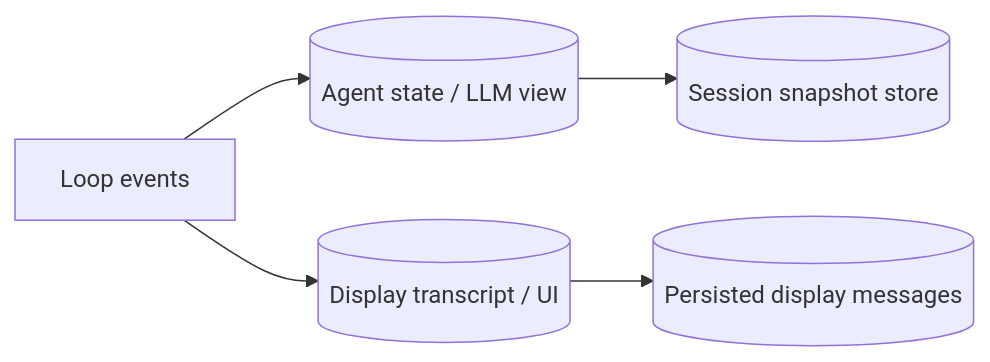
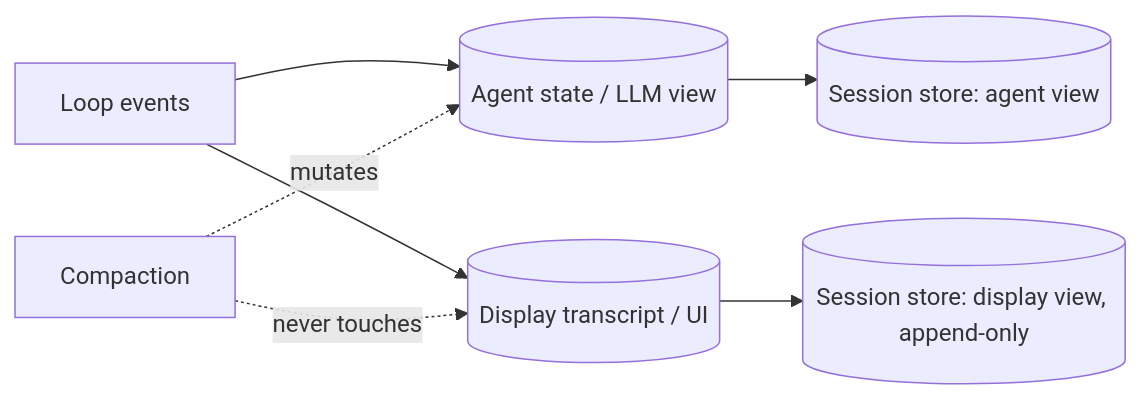
The diagram in docs/source/explanation/memory.rst (jansenm/agentic-coding-assistant), drawn with Mermaid before and after one commit. The commit also changed other lines of this file and 1 other file, not shown here.

First line of the commit message:
docs(memory): spell out the dual-view pattern and the format decision

```diff
--- a/docs/source/explanation/memory.rst
+++ b/docs/source/explanation/memory.rst
@@ -228,7 +322,9 @@
 .. mermaid::
 
    flowchart LR
        E[Loop events] --> A[(Agent state / LLM view)]
        E --> D[(Display transcript / UI)]
-       A --> S[(Session snapshot store)]
-       D --> P[(Persisted display messages)]
+       A --> S[(Session store: agent view)]
+       D --> P[(Session store: display view, append-only)]
+       C[Compaction] -. mutates .-> A
+       C -. never touches .-> D
```
